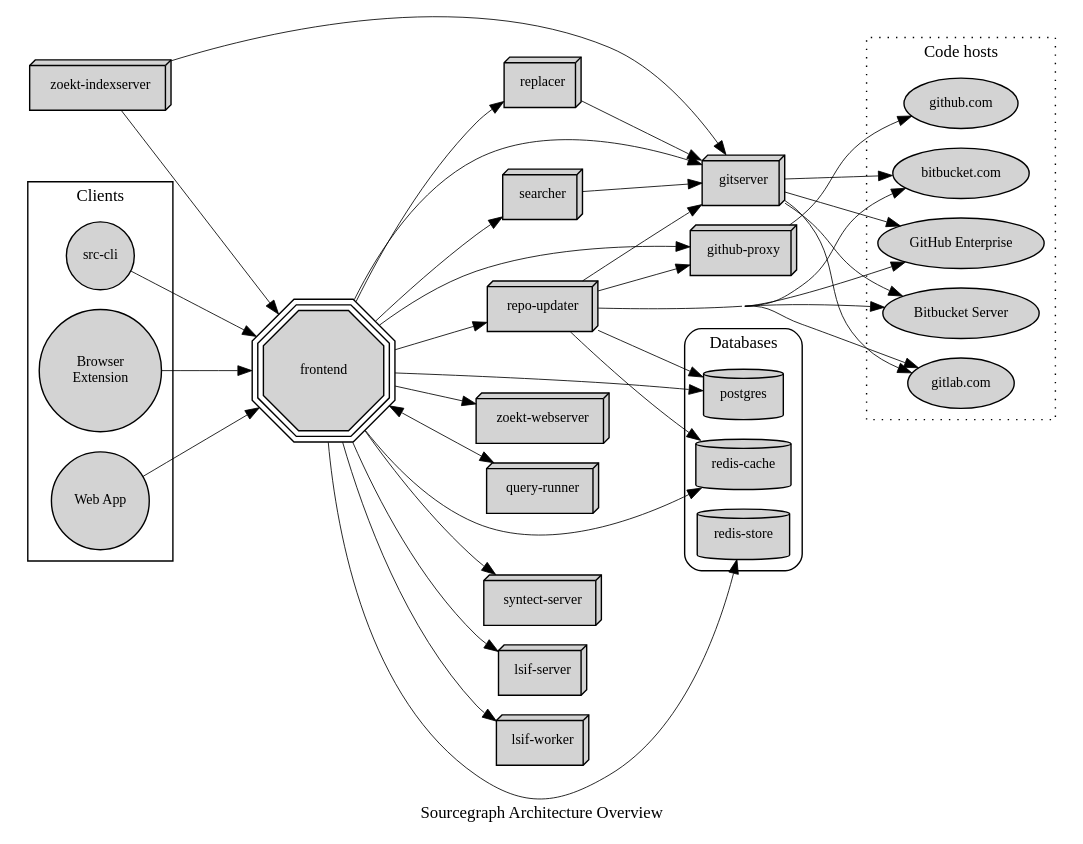
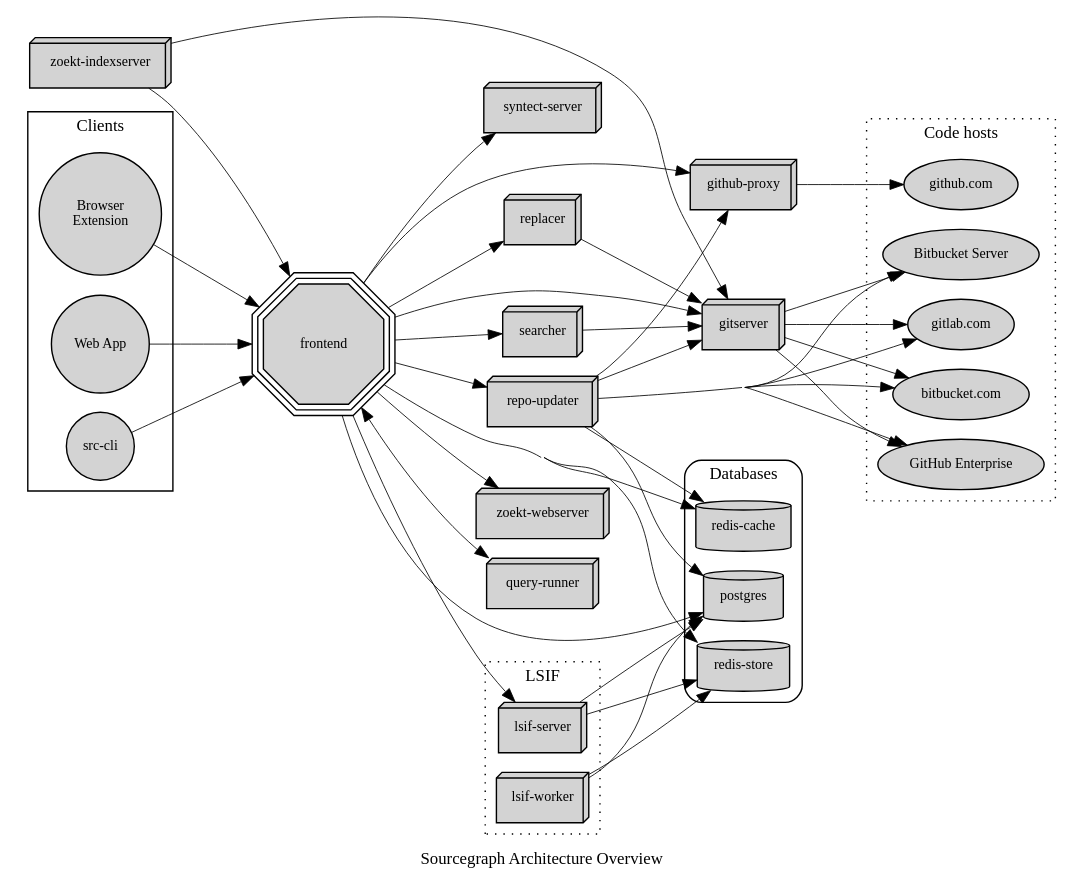
Before and after one commit to sourcegraph/sourcegraph-public-snapshot: the diagram in doc/dev/architecture/architecture.dot, drawn with Graphviz. The commit also changed 1 other file, not shown here.

Commit message:
Update lsif process dependencies.

```diff
--- a/doc/dev/architecture/architecture.dot
+++ b/doc/dev/architecture/architecture.dot
@@ -1,115 +1,126 @@
 digraph architecture {
     label="Sourcegraph Architecture Overview"
     rankdir=LR
     ratio=fill
     concentrate=true
     ranksep=0.8
     nodesep=0.2
 
     graph [
         fontname="Iosevka"
         fontsize=12
     ]
 
     node [
         style="filled"
         shape="box3d"
         fontname="Iosevka"
         fontsize=10
     ]
 
     edge [
         penwidth=0.6
         arrowType="empty"
     ]
 
     frontend [
         fixedsize=true
         width=1.2
         height=1.2
         shape="tripleoctagon"
         label="frontend"
         URL="https://github.com/sourcegraph/sourcegraph/tree/master/cmd/frontend"
     ]
 
     gitserver    [label="gitserver" URL="https://github.com/sourcegraph/sourcegraph/tree/master/cmd/gitserver"]
     repo_updater [label="repo-updater" URL="https://github.com/sourcegraph/sourcegraph/tree/master/cmd/repo-updater"]
     searcher     [label="searcher" URL="https://github.com/sourcegraph/sourcegraph/tree/master/cmd/searcher"]
     replacer     [label="replacer" URL="https://github.com/sourcegraph/sourcegraph/tree/master/cmd/replacer"]
     zoekt_webserver [label="zoekt-webserver" URL="https://github.com/sourcegraph/zoekt/tree/master/cmd/zoekt-webserver"]
     zoekt_indexserver [label="zoekt-indexserver" URL="https://github.com/sourcegraph/zoekt/tree/master/cmd/zoekt-sourcegraph-indexserver"]
     query_runner [label="query-runner" URL="https://github.com/sourcegraph/sourcegraph/tree/master/cmd/query-runner"]
     github_proxy [label="github-proxy" URL="https://github.com/sourcegraph/sourcegraph/tree/master/cmd/github-proxy"]
     syntect_server [label="syntect-server" URL="https://github.com/sourcegraph/syntect_server"]
-    lsif_server [label="lsif-server" URL="https://github.com/sourcegraph/sourcegraph/tree/master/lsif/src/server"]
-    lsif_worker [label="lsif-worker" URL="https://github.com/sourcegraph/sourcegraph/tree/master/lsif/src/worker"]
+
+    subgraph cluster_lsif_processes {
+        label="LSIF"
+        rank="same"
+        graph [style="dotted"]
+
+        lsif_server [label="lsif-server" URL="https://github.com/sourcegraph/sourcegraph/tree/master/lsif/src/server"]
+        lsif_worker [label="lsif-worker" URL="https://github.com/sourcegraph/sourcegraph/tree/master/lsif/src/worker"]
+    }
 
     subgraph cluster_databases {
         label="Databases"
         rank="same"
         graph [style="rounded"]
         node [shape="cylinder"]
 
-        redis_cache  [label="redis-cache"]
-        redis_store  [label="redis-store"]
-        postgres     [label="postgres"]
+        redis_cache [label="redis-cache"]
+        redis_store [label="redis-store"]
+        postgres [label="postgres"]
     }
 
     subgraph cluster_codehosts {
         label="Code hosts"
         rank="same"
         graph [style="dotted"]
         node  [shape="oval"]
 
         github_dot_com [label="github.com"]
         gitlab_dot_com [label="gitlab.com"]
         bitbucket_cloud [label="bitbucket.com"]
         github_enterprise [label="GitHub Enterprise"]
         bitbucket_server [label="Bitbucket Server"]
     }
 
     subgraph cluster_clients {
         label="Clients"
         node [shape="circle"]
         src_cli [label="src-cli" URL="https://github.com/sourcegraph/src-cli"]
         browser_ext [label="Browser\nExtension" URL="https://github.com/sourcegraph/sourcegraph/tree/master/browser/"]
         web_app [label="Web App" URL="https://github.com/sourcegraph/sourcegraph/tree/master/web"]
     }
 
     frontend -> gitserver
     frontend -> query_runner -> frontend
     frontend -> searcher -> gitserver
     frontend -> replacer -> gitserver
     frontend -> repo_updater
     frontend -> github_proxy
     frontend -> zoekt_webserver
     frontend -> postgres
     frontend -> redis_cache
     frontend -> redis_store
     frontend -> syntect_server
     frontend -> lsif_server
-    frontend -> lsif_worker
+
+    lsif_server -> postgres
+    lsif_server -> redis_store
+    lsif_worker -> postgres
+    lsif_worker -> redis_store
 
     repo_updater -> github_proxy
     repo_updater -> github_enterprise
     repo_updater -> gitlab_dot_com
     repo_updater -> bitbucket_server
     repo_updater -> bitbucket_cloud
     repo_updater -> postgres
     repo_updater -> gitserver
     repo_updater -> redis_cache
 
     github_proxy -> github_dot_com
 
     gitserver -> github_enterprise
     gitserver -> gitlab_dot_com
     gitserver -> bitbucket_server
     gitserver -> bitbucket_cloud
 
     zoekt_indexserver -> frontend
     zoekt_indexserver -> gitserver
 
     browser_ext -> frontend
     web_app -> frontend
     src_cli -> frontend
 }
```
